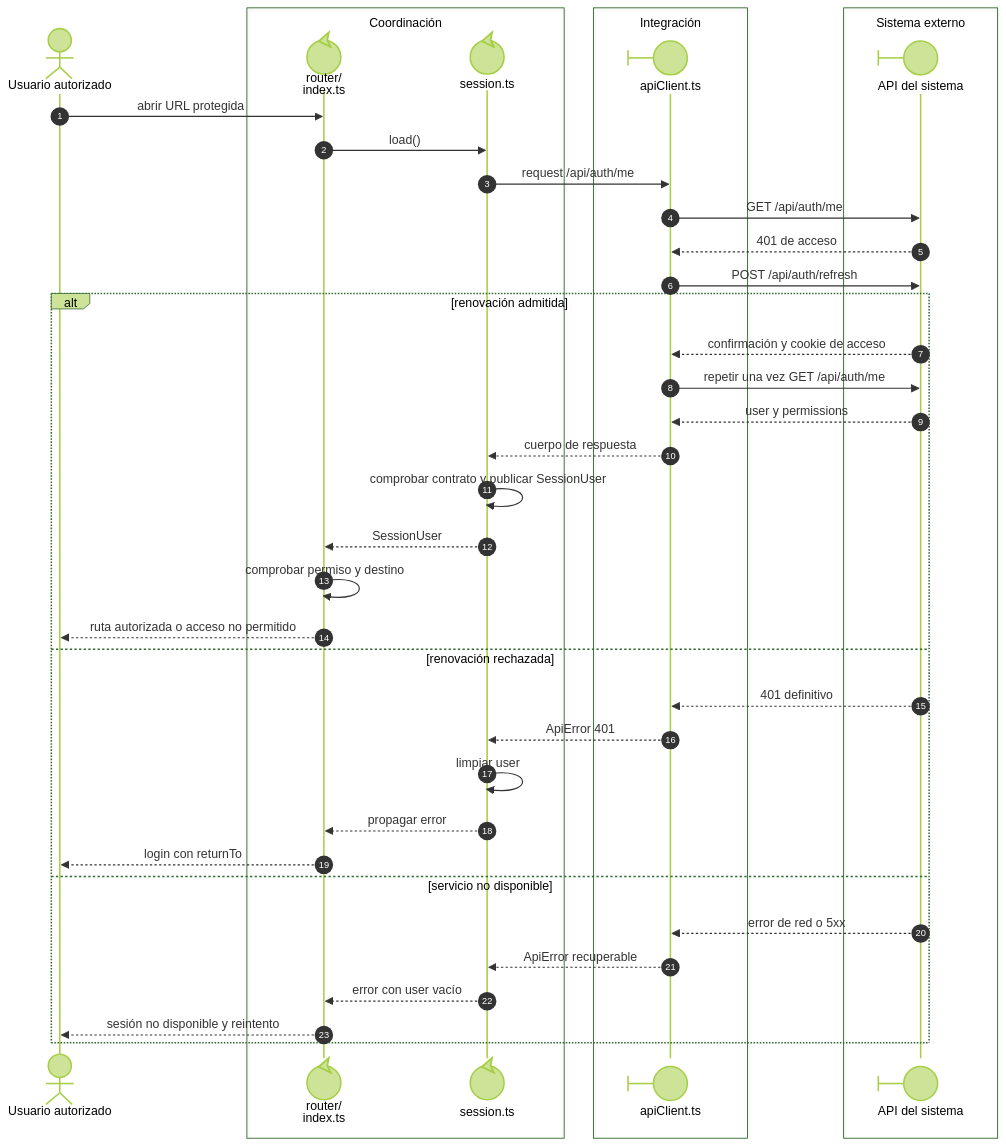
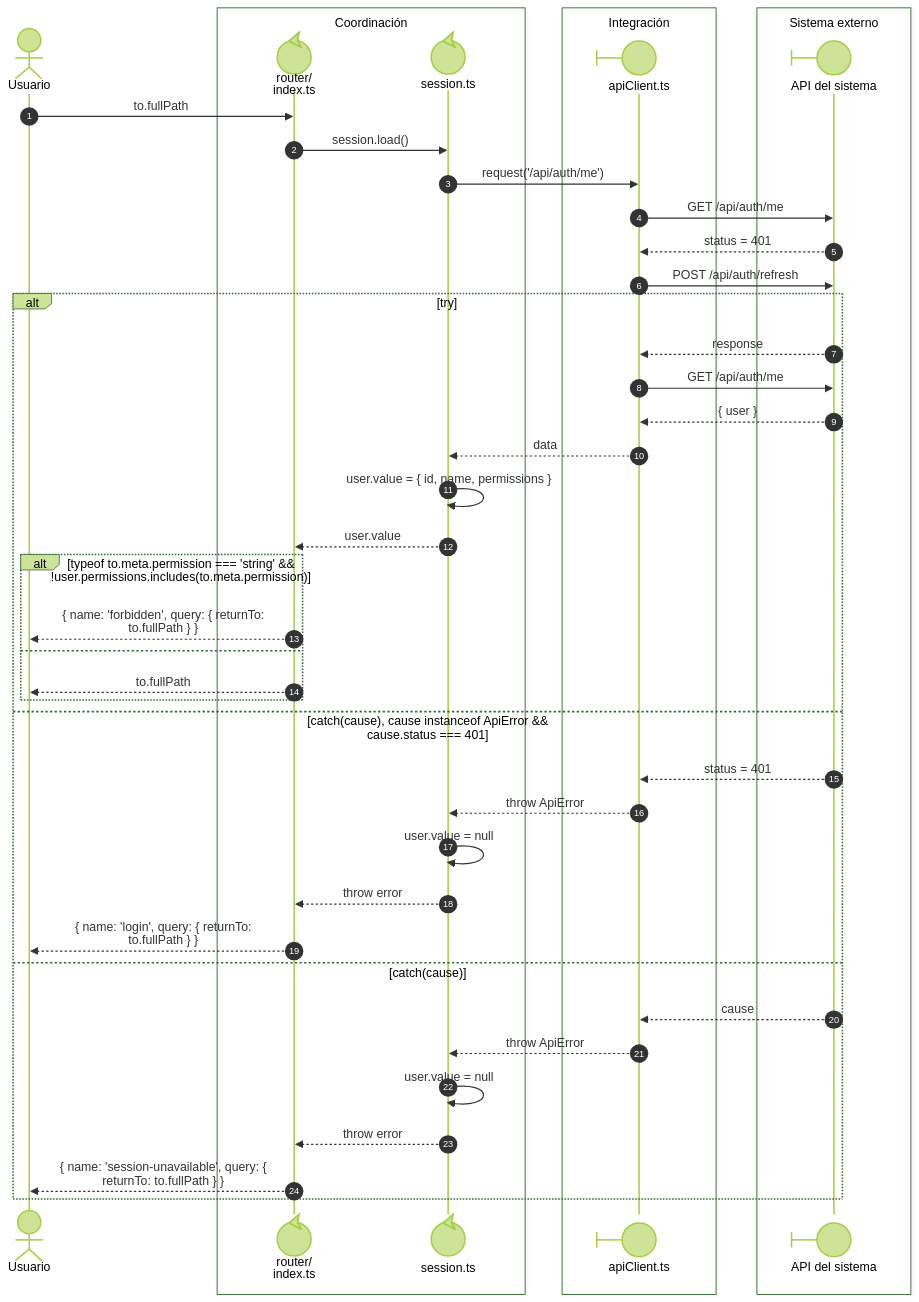
The diagram in front/docs/architecture/views/processes/01-session/01-bootstrap-and-session.md (gpgsistemas01/nexus), drawn with Mermaid (forest theme) before and after one commit. The commit also changed other lines of this file and 43 other files, not shown here.

````diff
--- a/front/docs/architecture/views/processes/01-session/01-bootstrap-and-session.md
+++ b/front/docs/architecture/views/processes/01-session/01-bootstrap-and-session.md
@@ -19,42 +7,46 @@
 ```mermaid
 sequenceDiagram
     autonumber
-    actor U as Usuario autorizado
+    actor U as Usuario
     box Coordinación
     participant Route@{ "type": "control" } as router/<br/>index.ts
     participant Session@{ "type": "control" } as session.ts
     end
     box Integración
     participant HTTP@{ "type": "boundary" } as apiClient.ts
     end
     box Sistema externo
     participant API@{ "type": "boundary" } as API del sistema
     end
-    U->>Route: abrir URL protegida
-    Route->>Session: load()
-    Session->>HTTP: request /api/auth/me
-    HTTP->>API: GET /api/auth/me
-    API-->>HTTP: 401 de acceso
-    HTTP->>API: POST /api/auth/refresh
-    alt renovación admitida
-        API-->>HTTP: confirmación y cookie de acceso
-        HTTP->>API: repetir una vez GET /api/auth/me
-        API-->>HTTP: user y permissions
-        HTTP-->>Session: cuerpo de respuesta
-        Session->>Session: comprobar contrato y publicar SessionUser
-        Session-->>Route: SessionUser
-        Route->>Route: comprobar permiso y destino
-        Route-->>U: ruta autorizada o acceso no permitido
-    else renovación rechazada
-        API-->>HTTP: 401 definitivo
-        HTTP-->>Session: ApiError 401
-        Session->>Session: limpiar user
-        Session-->>Route: propagar error
-        Route-->>U: login con returnTo
-    else servicio no disponible
-        API-->>HTTP: error de red o 5xx
-        HTTP-->>Session: ApiError recuperable
-        Session-->>Route: error con user vacío
-        Route-->>U: sesión no disponible y reintento
+    U->>Route: nowrap: to.fullPath
+    Route->>Session: nowrap: session.load()
+    Session->>HTTP: nowrap: request('/api/auth/me')
+    HTTP->>API: nowrap: GET /api/auth/me
+    API-->>HTTP: nowrap: status = 401
+    HTTP->>API: nowrap: POST /api/auth/refresh
+    alt nowrap: try
+        API-->>HTTP: nowrap: response
+        HTTP->>API: nowrap: GET /api/auth/me
+        API-->>HTTP: nowrap: { user }
+        HTTP-->>Session: nowrap: data
+        Session->>Session: nowrap: user.value = { id, name, permissions }
+        Session-->>Route: nowrap: user.value
+        alt nowrap: typeof to.meta.permission === 'string' &&<br/>!user.permissions.includes(to.meta.permission)
+            Route-->>U: nowrap: { name: 'forbidden', query: { returnTo:<br/>to.fullPath } }
+        else
+            Route-->>U: nowrap: to.fullPath
+        end
+    else nowrap: catch(cause), cause instanceof ApiError &&<br/>cause.status === 401
+        API-->>HTTP: nowrap: status = 401
+        HTTP-->>Session: nowrap: throw ApiError
+        Session->>Session: nowrap: user.value = null
+        Session-->>Route: nowrap: throw error
+        Route-->>U: nowrap: { name: 'login', query: { returnTo:<br/>to.fullPath } }
+    else nowrap: catch(cause)
+        API-->>HTTP: nowrap: cause
+        HTTP-->>Session: nowrap: throw ApiError
+        Session->>Session: nowrap: user.value = null
+        Session-->>Route: nowrap: throw error
+        Route-->>U: nowrap: { name: 'session-unavailable', query: {<br/>returnTo: to.fullPath } }
     end
 ```
````
